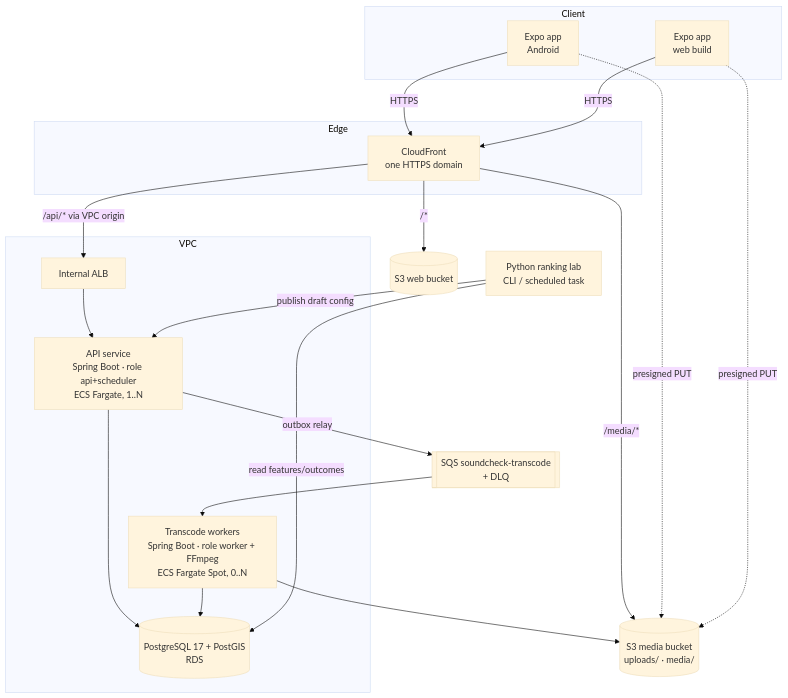
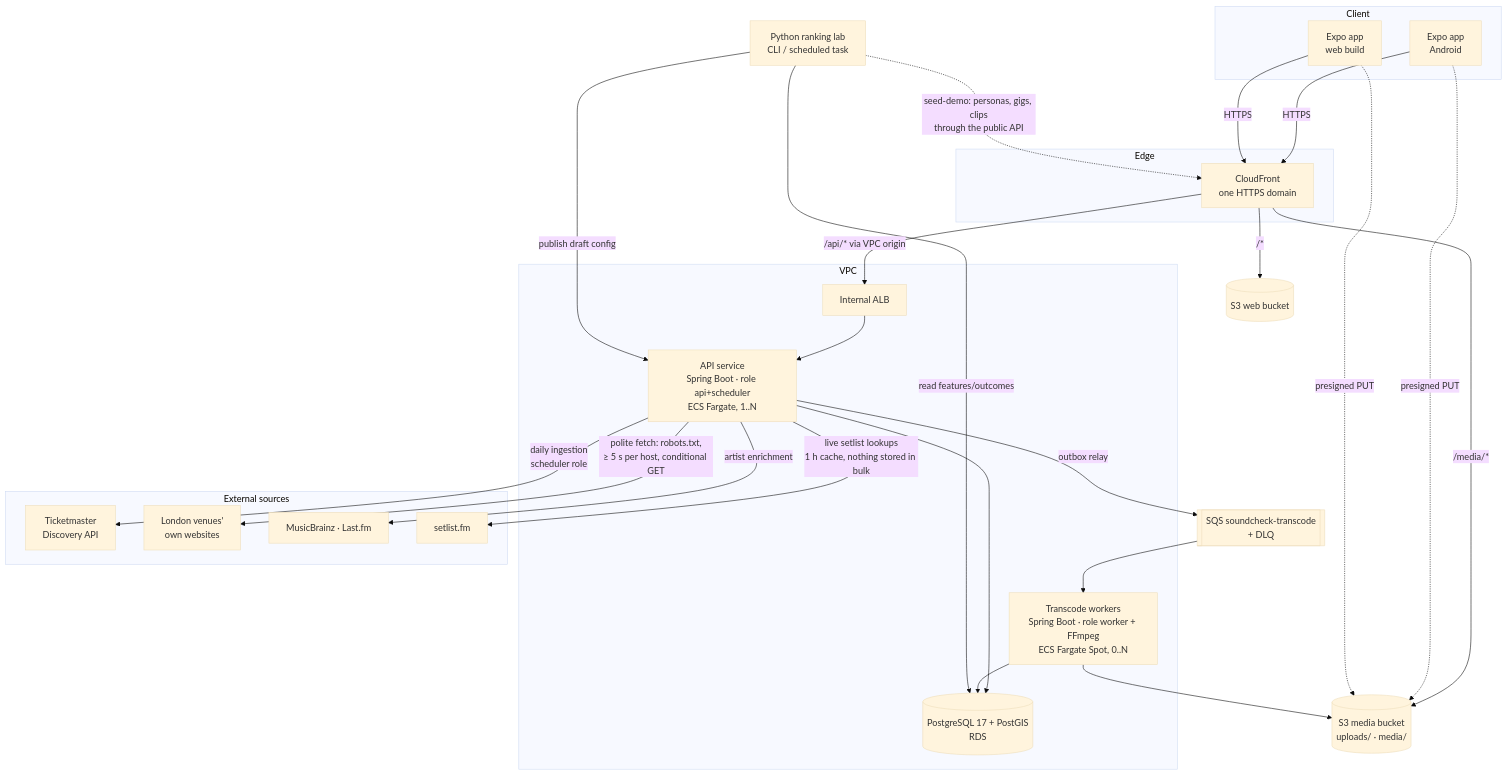
Before and after one commit to alexslater1/soundcheck: the diagram in README.md, drawn with Mermaid (base theme). The commit also changed other lines of this file and 7 other files, not shown here.

````diff
--- a/README.md
+++ b/README.md
@@ -27,33 +29,44 @@
 ```mermaid
 flowchart TB
   subgraph Client
     android[Expo app<br/>Android]
     web[Expo app<br/>web build]
   end
   subgraph Edge
     cf[CloudFront<br/>one HTTPS domain]
   end
   subgraph VPC
     alb[Internal ALB]
     api[API service<br/>Spring Boot · role api+scheduler<br/>ECS Fargate, 1..N]
     worker[Transcode workers<br/>Spring Boot · role worker + FFmpeg<br/>ECS Fargate Spot, 0..N]
     rds[(PostgreSQL 17 + PostGIS<br/>RDS)]
   end
   s3web[(S3 web bucket)]
   s3media[(S3 media bucket<br/>uploads/ · media/)]
   sqs[[SQS soundcheck-transcode<br/>+ DLQ]]
   lab[Python ranking lab<br/>CLI / scheduled task]
+  subgraph Sources[External sources]
+    tm[Ticketmaster<br/>Discovery API]
+    venues[London venues'<br/>own websites]
+    enrich[MusicBrainz · Last.fm]
+    sfm[setlist.fm]
+  end
 
   android & web -->|HTTPS| cf
   cf -->|/*| s3web
   cf -->|/media/*| s3media
   cf -->|/api/* via VPC origin| alb --> api
   android & web -.->|presigned PUT| s3media
   api --> rds
   api -->|outbox relay| sqs
   sqs --> worker
   worker --> s3media
   worker --> rds
   lab -->|read features/outcomes| rds
   lab -->|publish draft config| api
+  lab -.->|seed-demo: personas, gigs, clips<br/>through the public API| cf
+  api -->|daily ingestion<br/>scheduler role| tm
+  api -->|polite fetch: robots.txt,<br/>≥ 5 s per host, conditional GET| venues
+  api -->|artist enrichment| enrich
+  api -->|live setlist lookups<br/>1 h cache, nothing stored in bulk| sfm
 ```
````
